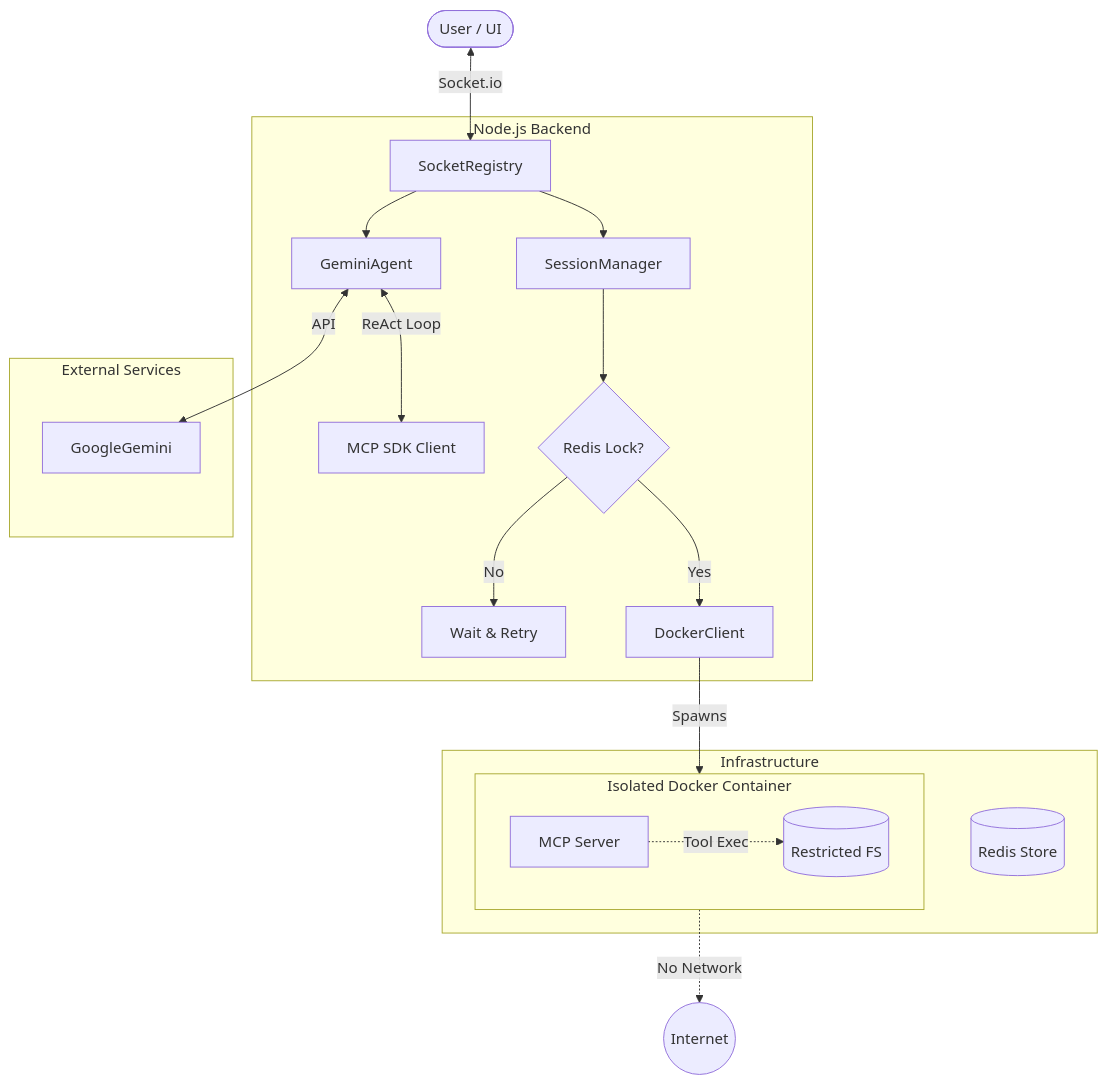
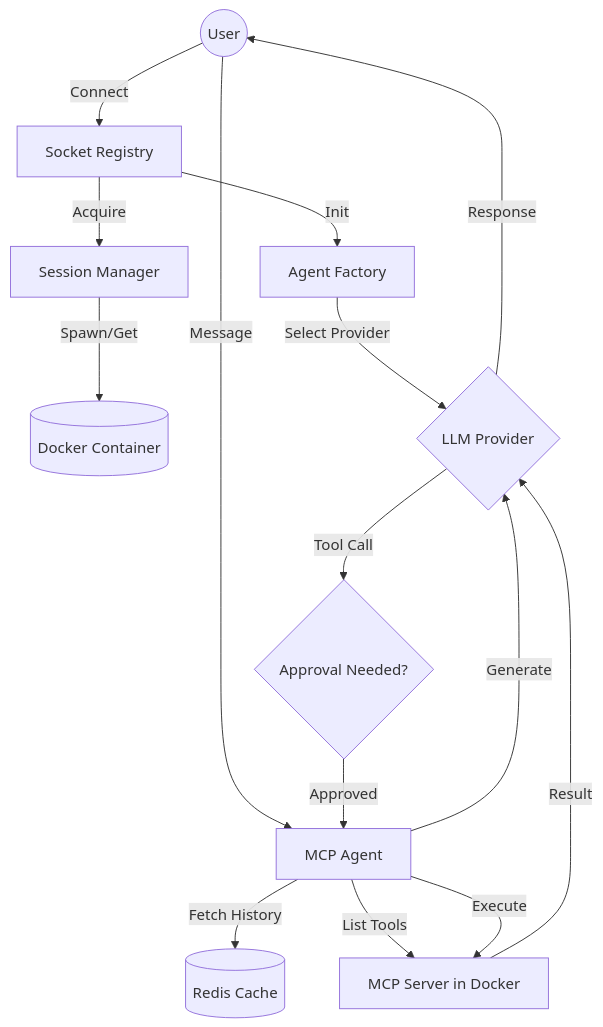
The diagram in docs/business_flow.md (SouzaEduardoAC/mcp-orchestrator), drawn with Mermaid before and after one commit. The commit also changed other lines of this file and 6 other files, not shown here.

````diff
--- a/docs/business_flow.md
+++ b/docs/business_flow.md
@@ -14,31 +20,19 @@
 ```mermaid
-flowchart TD
-    User([User / UI]) <-->|Socket.io| SocketRegistry
+graph TD
+    User((User)) -->|Connect| Socket[Socket Registry]
+    Socket -->|Acquire| SessionManager[Session Manager]
+    SessionManager -->|Spawn/Get| Docker[(Docker Container)]
+    Socket -->|Init| Factory[Agent Factory]
+    Factory -->|Select Provider| LLM{LLM Provider}
     
-    subgraph Orchestrator [Node.js Backend]
-        SocketRegistry --> SessionManager
-        SessionManager --> Lock{Redis Lock?}
-        Lock -- Yes --> DockerClient
-        Lock -- No --> Retry[Wait & Retry]
-        
-        SocketRegistry --> GeminiAgent
-        GeminiAgent <-->|ReAct Loop| MCPClient[MCP SDK Client]
-    end
+    User -->|Message| Agent[MCP Agent]
+    Agent -->|Fetch History| Redis[(Redis Cache)]
+    Agent -->|List Tools| MCP[MCP Server in Docker]
+    Agent -->|Generate| LLM
     
-    subgraph Infrastructure
-        Redis[(Redis Store)]
-        DockerClient -- Spawns --> Sandbox
-    end
-    
-    subgraph Sandbox [Isolated Docker Container]
-        MCPServer[MCP Server]
-        MCPServer -.->|Tool Exec| LocalFS[(Restricted FS)]
-    end
-    
-    subgraph AI [External Services]
-        GeminiAgent <-->|API| GoogleGemini
-    end
-
-    %% Security Constraints
-    Sandbox -.->|No Network| Internet((Internet))
+    LLM -->|Response| User
+    LLM -->|Tool Call| HITL{Approval Needed?}
+    HITL -->|Approved| Agent
+    Agent -->|Execute| MCP
+    MCP -->|Result| LLM
 ```
````
